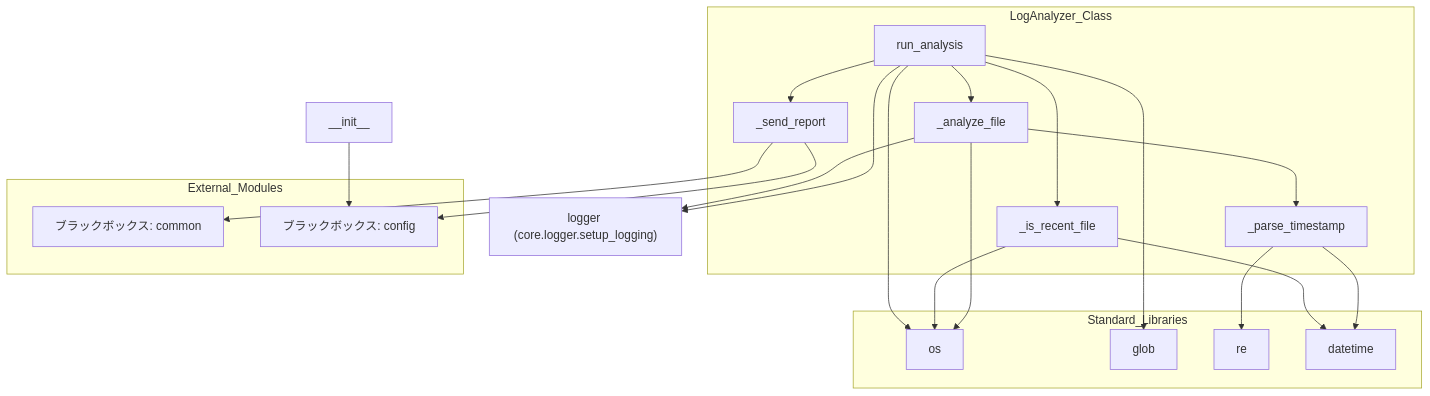
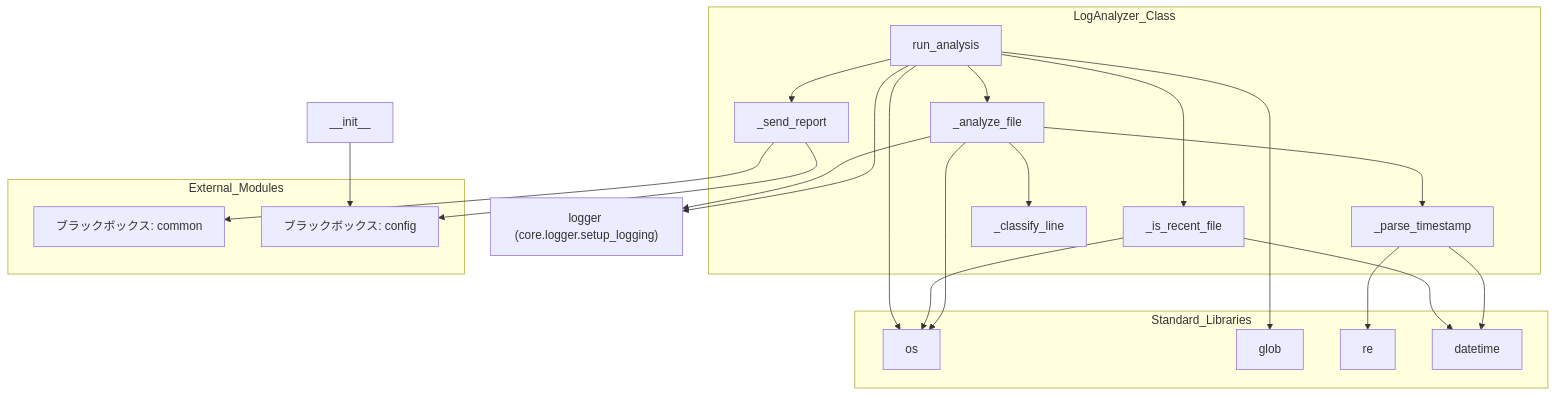
Before and after one commit to mmtigers/my_python_project: the second of 2 diagrams in docs/specifications/MY_HOME_SYSTEM/log_analyzer.md, drawn with Mermaid. The commit also changed other lines of this file and 6 other files, not shown here.

````diff
--- a/docs/specifications/MY_HOME_SYSTEM/log_analyzer.md
+++ b/docs/specifications/MY_HOME_SYSTEM/log_analyzer.md
@@ -261,36 +284,37 @@
 ```mermaid
 graph TD
     subgraph LogAnalyzer_Class
         run_analysis --> _is_recent_file
         run_analysis --> _analyze_file
         run_analysis --> _send_report
         _analyze_file --> _parse_timestamp
+        _analyze_file --> _classify_line
     end
 
     subgraph External_Modules
         common["ブラックボックス: common"]
         config["ブラックボックス: config"]
     end
 
     subgraph Standard_Libraries
         os
         glob
         re
         datetime
     end
 
     run_analysis --> glob
     run_analysis --> os
     _is_recent_file --> os
     _is_recent_file --> datetime
     _parse_timestamp --> re
     _parse_timestamp --> datetime
     _analyze_file --> os
 
     __init__ --> config
     _send_report --> config
     _send_report --> common
     _analyze_file --> logger["logger (core.logger.setup_logging)"]
     run_analysis --> logger
 
 ```
````
